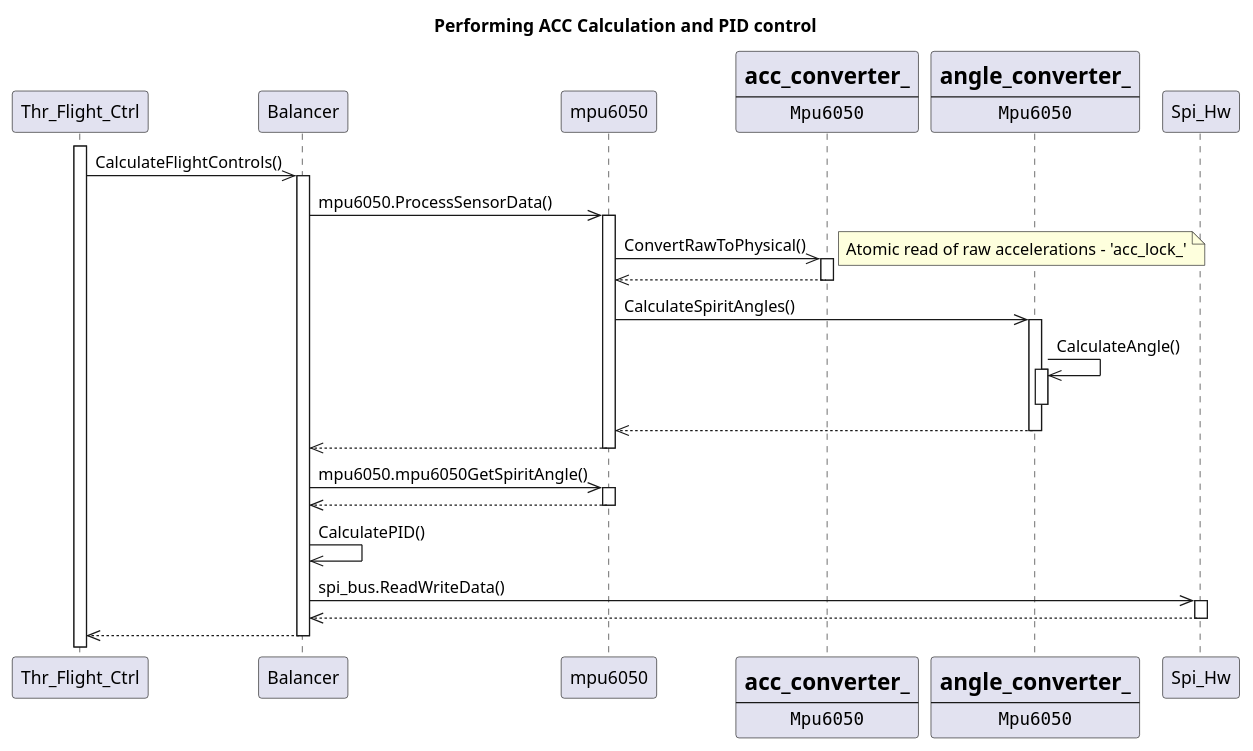
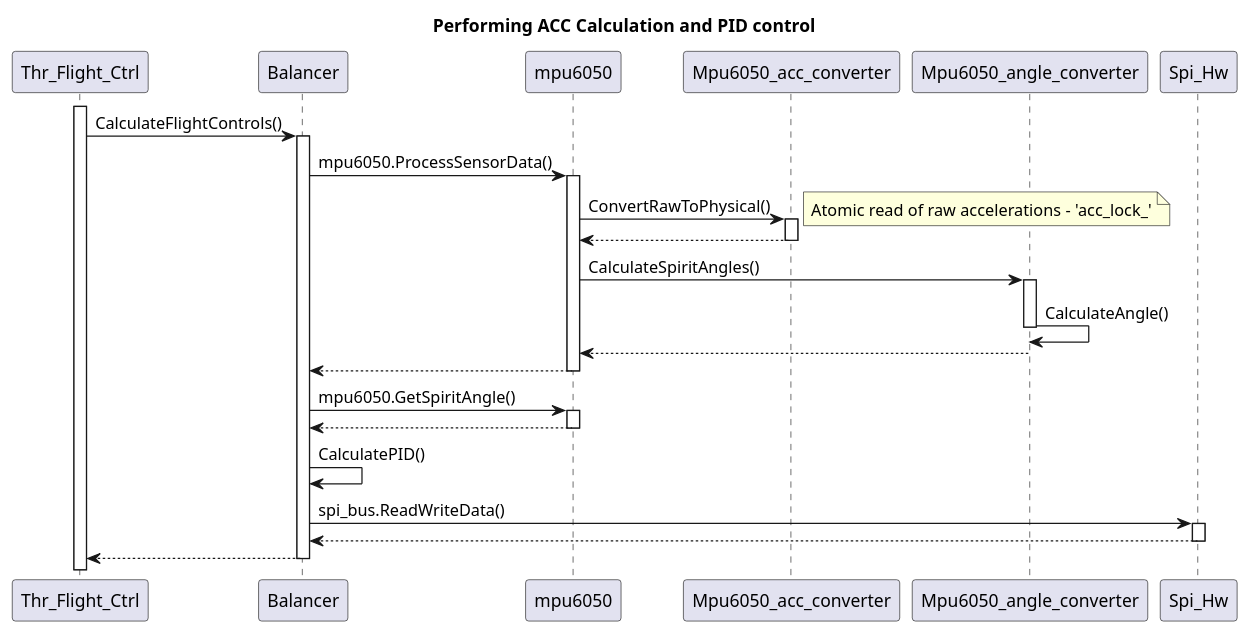
One commit to inpgbburda/FlyMatic changed the third of 3 diagrams in docs/software-design/main_unit-mpu6050.md. Above: the diagram before and after it, drawn with PlantUML. The commit also changed other lines of this file, not shown here.

Commit message:
Simplify a bit the mpu6050 diagrams for stability

````diff
--- a/docs/software-design/main_unit-mpu6050.md
+++ b/docs/software-design/main_unit-mpu6050.md
@@ -116,56 +111,43 @@
 ```puml
 @startuml
 title Performing ACC Calculation and PID control
 
 participant "Thr_Flight_Ctrl"   as Thr_Flight_Ctrl
 participant "Balancer"          as Balancer
 participant "mpu6050"          as mpu6050
-participant Mpu6050_acc_converter [
-    =acc_converter_
-    ----
-    ""Mpu6050""
-]
-participant Mpu6050_angle_converter [
-    =angle_converter_
-    ----
-    ""Mpu6050""
-]
+participant "Mpu6050_acc_converter" as Mpu6050_acc_converter
+participant "Mpu6050_angle_converter" as Mpu6050_angle_converter
 participant "Spi_Hw"           as Spi_Hw
 
 activate Thr_Flight_Ctrl
-Thr_Flight_Ctrl ->> Balancer : CalculateFlightControls()
+Thr_Flight_Ctrl -> Balancer : CalculateFlightControls()
 activate Balancer 
-Balancer ->> mpu6050: mpu6050.ProcessSensorData()
+Balancer -> mpu6050: mpu6050.ProcessSensorData()
 activate mpu6050
-mpu6050  ->> Mpu6050_acc_converter: ConvertRawToPhysical()
+mpu6050  -> Mpu6050_acc_converter: ConvertRawToPhysical()
 note right: Atomic read of raw accelerations - 'acc_lock_'
 activate Mpu6050_acc_converter
-Mpu6050_acc_converter -->> mpu6050
+Mpu6050_acc_converter --> mpu6050
 deactivate Mpu6050_acc_converter
-mpu6050  ->> Mpu6050_angle_converter: CalculateSpiritAngles()
+mpu6050  -> Mpu6050_angle_converter: CalculateSpiritAngles()
 activate Mpu6050_angle_converter
-Mpu6050_angle_converter ->> Mpu6050_angle_converter: CalculateAngle()
-activate Mpu6050_angle_converter
+Mpu6050_angle_converter -> Mpu6050_angle_converter: CalculateAngle()
 deactivate Mpu6050_angle_converter
-Mpu6050_angle_converter -->> mpu6050
+Mpu6050_angle_converter --> mpu6050
 deactivate Mpu6050_angle_converter
-mpu6050 -->> Balancer
+mpu6050 --> Balancer
 deactivate mpu6050
-Balancer ->> mpu6050: mpu6050.mpu6050GetSpiritAngle()
+Balancer -> mpu6050: mpu6050.GetSpiritAngle()
 activate mpu6050
-
-mpu6050 -->> Balancer
+mpu6050 --> Balancer
 deactivate mpu6050
-
-Balancer ->> Balancer: CalculatePID()
-
-Balancer ->> Spi_Hw: spi_bus.ReadWriteData()
+Balancer -> Balancer: CalculatePID()
+Balancer -> Spi_Hw: spi_bus.ReadWriteData()
 activate Spi_Hw
-Spi_Hw -->> Balancer
+Spi_Hw --> Balancer
 deactivate Spi_Hw
-
-Balancer -->> Thr_Flight_Ctrl
+Balancer --> Thr_Flight_Ctrl
 deactivate Balancer
 
 @enduml
 ```
````
